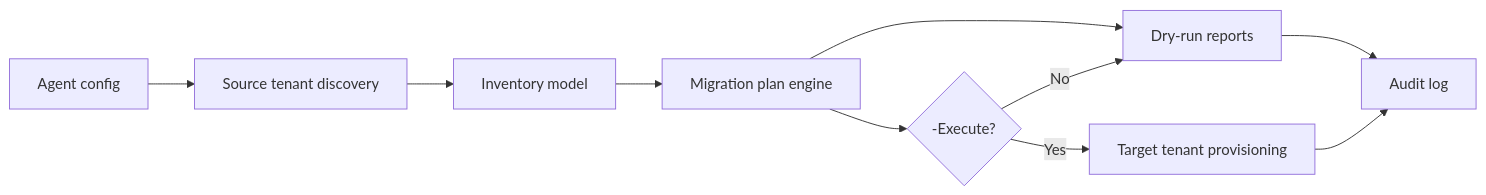
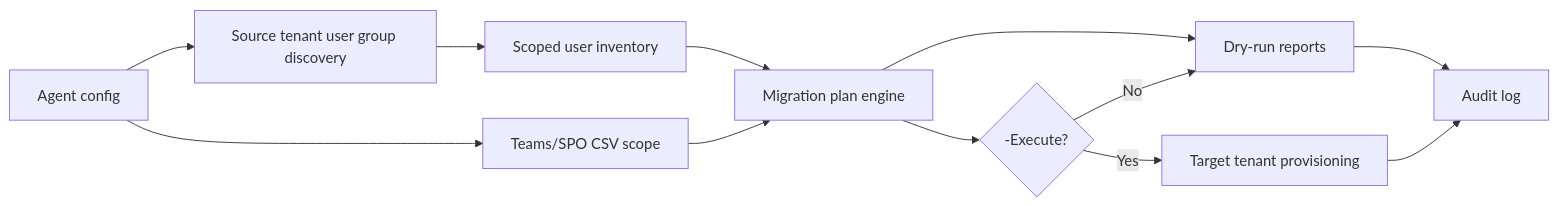
The diagram in docs/architecture.md (GobindGahir/m365-tenant-migration-agent), drawn with Mermaid before and after one commit. The commit also changed other lines of this file and 12 other files, not shown here.

Commit message:
Add scoped migration inputs and security group provisioning

````diff
--- a/docs/architecture.md
+++ b/docs/architecture.md
@@ -5,12 +5,14 @@
 ```mermaid
 flowchart LR
-    Config["Agent config"] --> Source["Source tenant discovery"]
-    Source --> Inventory["Inventory model"]
+    Config["Agent config"] --> Source["Source tenant user group discovery"]
+    Config --> Scope["Teams/SPO CSV scope"]
+    Source --> Inventory["Scoped user inventory"]
+    Scope --> Plan
     Inventory --> Plan["Migration plan engine"]
     Plan --> DryRun["Dry-run reports"]
     Plan --> Execute{"-Execute?"}
     Execute -->|No| DryRun
     Execute -->|Yes| Target["Target tenant provisioning"]
     Target --> Audit["Audit log"]
     DryRun --> Audit
 ```
````
